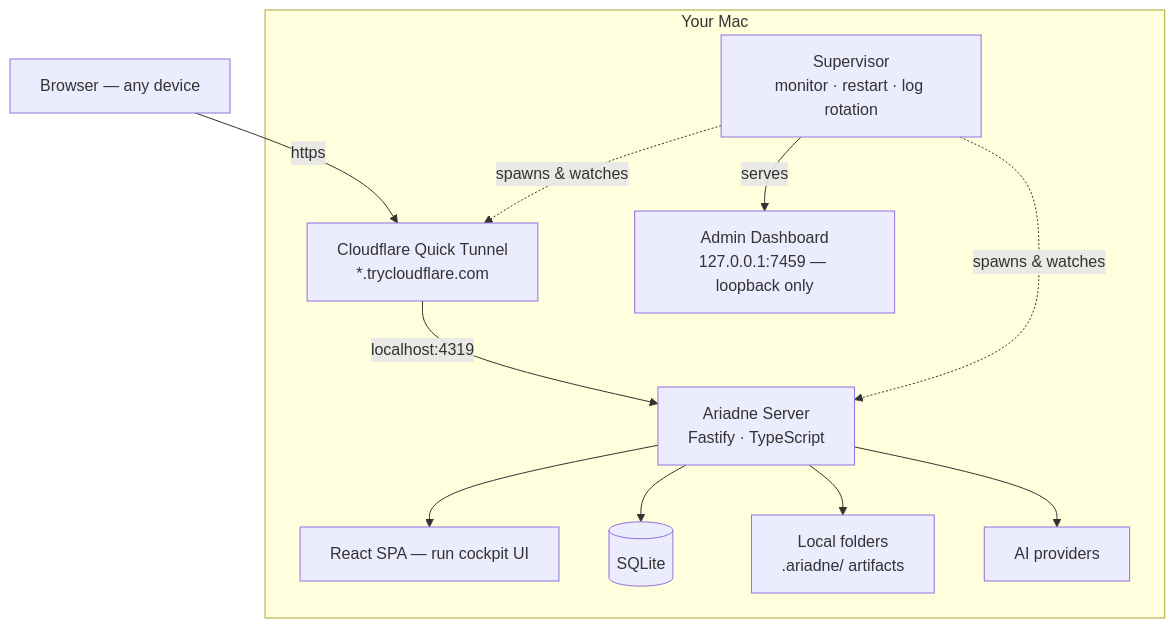
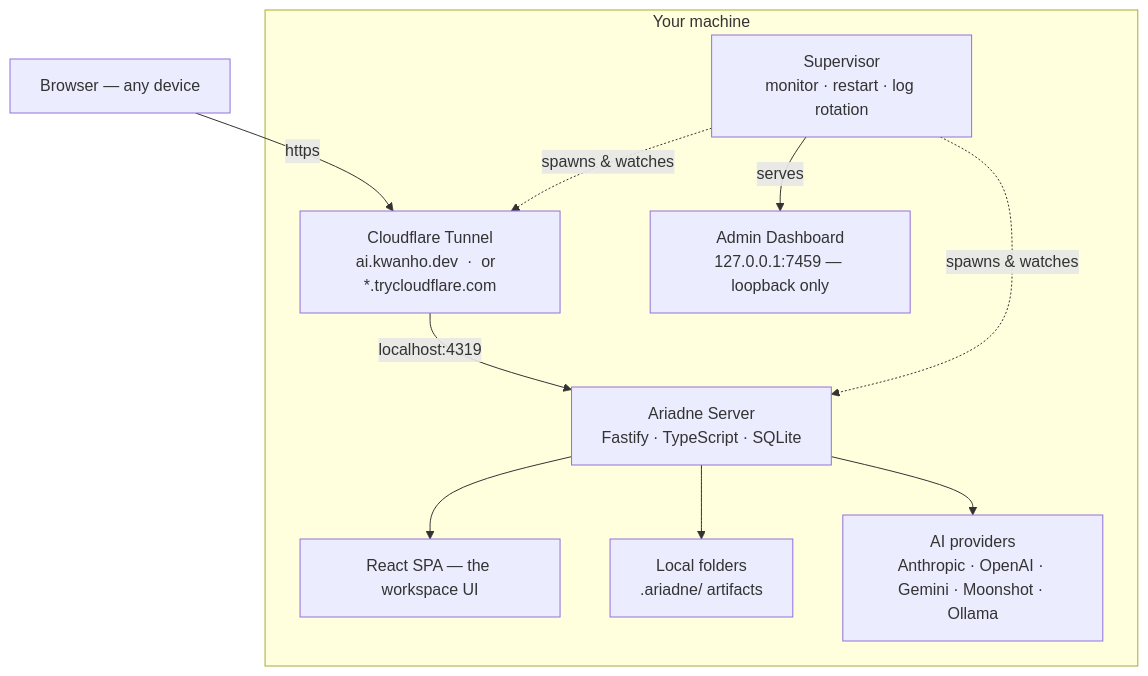
One commit to KKWANH/ai-assistant changed the first of 2 diagrams in README.md. Above: the diagram before and after it, drawn with Mermaid. The commit also changed other lines of this file and 15 other files, not shown here.

Commit message:
feat: ai.kwanho.dev tunnel deploy, favicon, doc refresh, Korean font + settings fixes

````diff
--- a/README.md
+++ b/README.md
@@ -22,17 +25,16 @@
 ```mermaid
 flowchart TB
     B["Browser — any device"]
-    B -->|https| CF["Cloudflare Quick Tunnel\n*.trycloudflare.com"]
+    B -->|https| CF["Cloudflare Tunnel\nai.kwanho.dev  ·  or  *.trycloudflare.com"]
 
-    subgraph mac["Your Mac"]
-        CF -->|localhost:4319| SRV["Ariadne Server\nFastify · TypeScript"]
+    subgraph mac["Your machine"]
+        CF -->|localhost:4319| SRV["Ariadne Server\nFastify · TypeScript · SQLite"]
         SUP["Supervisor\nmonitor · restart · log rotation"]
         SUP -.spawns & watches.-> SRV
         SUP -.spawns & watches.-> CF
         SUP -->|serves| ADM["Admin Dashboard\n127.0.0.1:7459 — loopback only"]
-        SRV --> WEB["React SPA — run cockpit UI"]
-        SRV --> DB[("SQLite")]
+        SRV --> WEB["React SPA — the workspace UI"]
         SRV --> AR["Local folders\n.ariadne/ artifacts"]
-        SRV --> AI["AI providers"]
+        SRV --> AI["AI providers\nAnthropic · OpenAI · Gemini · Moonshot · Ollama"]
     end
 ```
````
